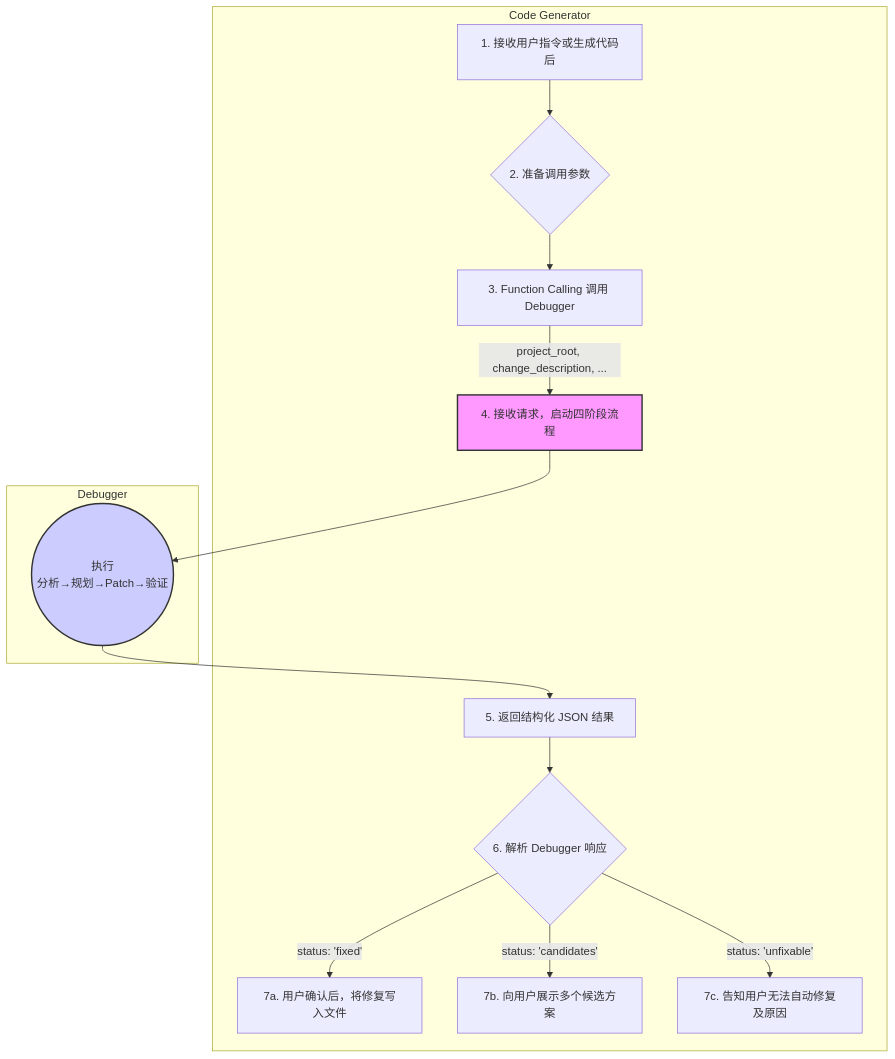
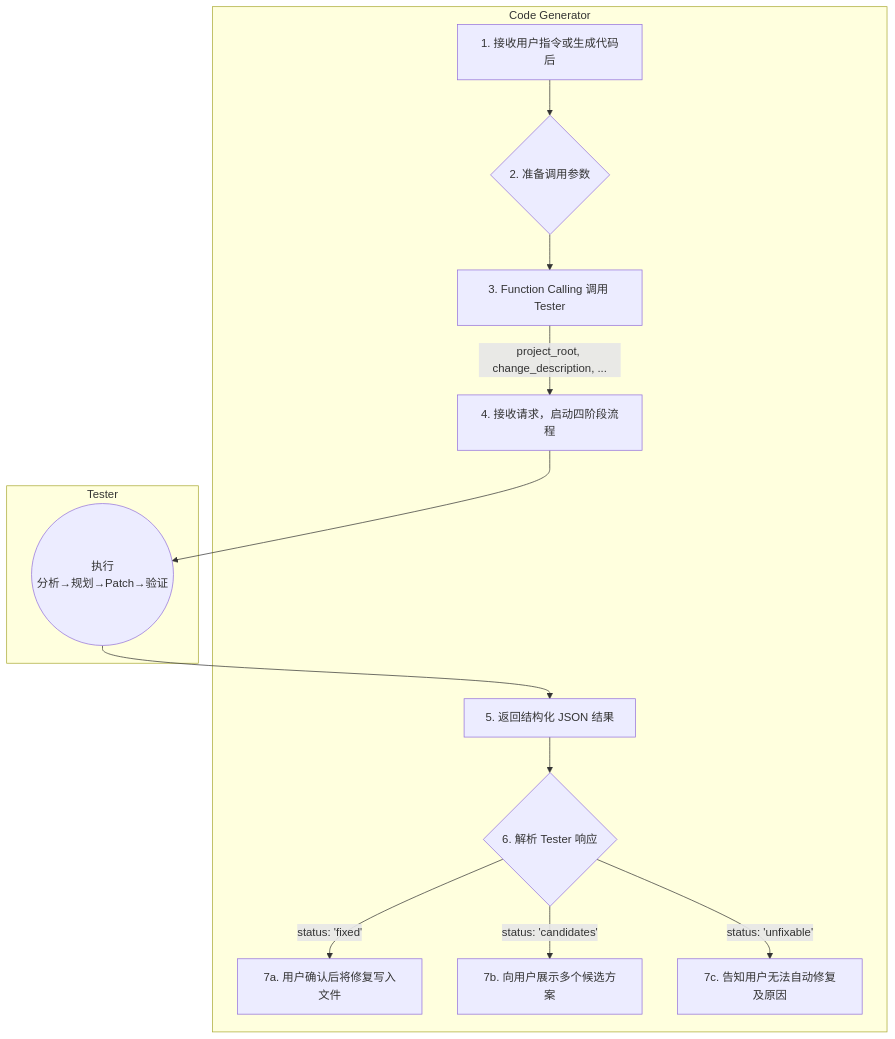
The first of 2 diagrams in document/tester.md (sinv39/ai-coder), drawn with Mermaid before and after one commit. The commit also changed other lines of this file, not shown here.

````diff
--- a/document/tester.md
+++ b/document/tester.md
@@ -28,21 +28,18 @@
 ```mermaid
 graph TD
     subgraph Code Generator
         A[1. 接收用户指令或生成代码后] --> B{2. 准备调用参数};
-        B --> C[3. Function Calling 调用 Debugger];
+        B --> C[3. Function Calling 调用 Tester];
         C -- project_root, change_description, ... --> D;
-        F --> G{6. 解析 Debugger 响应};
-        G -- status: 'fixed' --> H[7a. 用户确认后，将修复写入文件];
+        F --> G{6. 解析 Tester 响应};
+        G -- status: 'fixed' --> H[7a. 用户确认后将修复写入文件];
         G -- status: 'candidates' --> I[7b. 向用户展示多个候选方案];
         G -- status: 'unfixable' --> J[7c. 告知用户无法自动修复及原因];
     end
 
-    subgraph Debugger
-        D[4. 接收请求，启动四阶段流程];
-        D --> E((执行<br>分析→规划→Patch→验证));
+    subgraph Tester
+        D["4. 接收请求，启动四阶段流程"];
+        D --> E(("执行<br>分析→规划→Patch→验证"));
         E --> F[5. 返回结构化 JSON 结果];
     end
-
-    style D fill:#f9f,stroke:#333,stroke-width:2px
-    style E fill:#ccf,stroke:#333,stroke-width:2px
 ```
````
